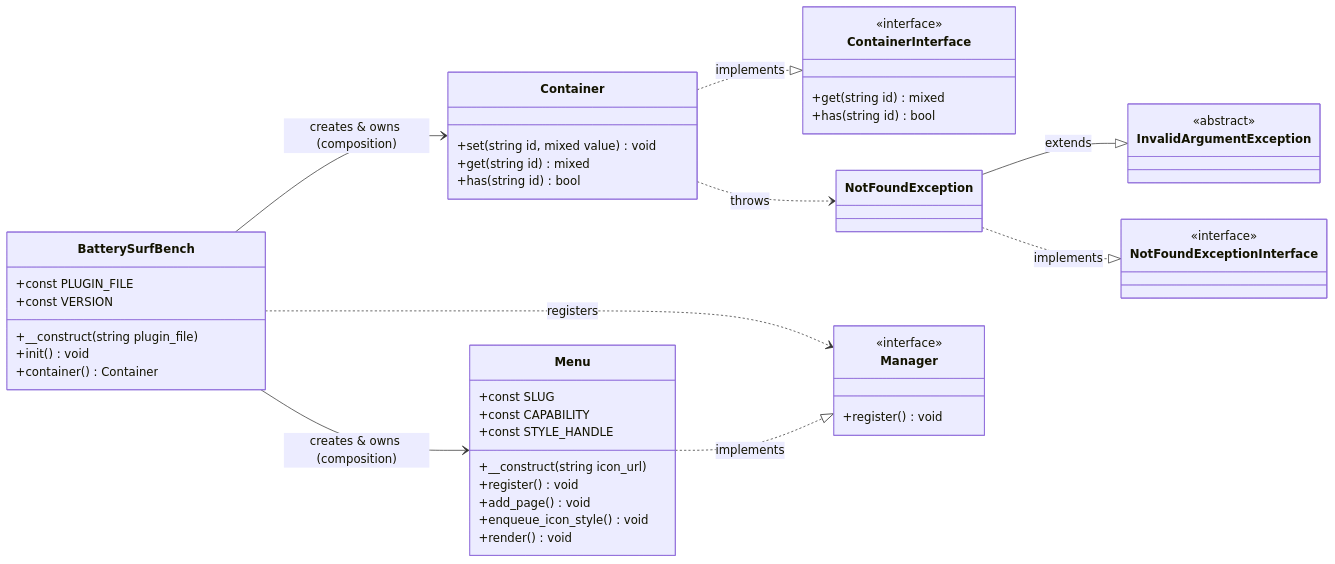
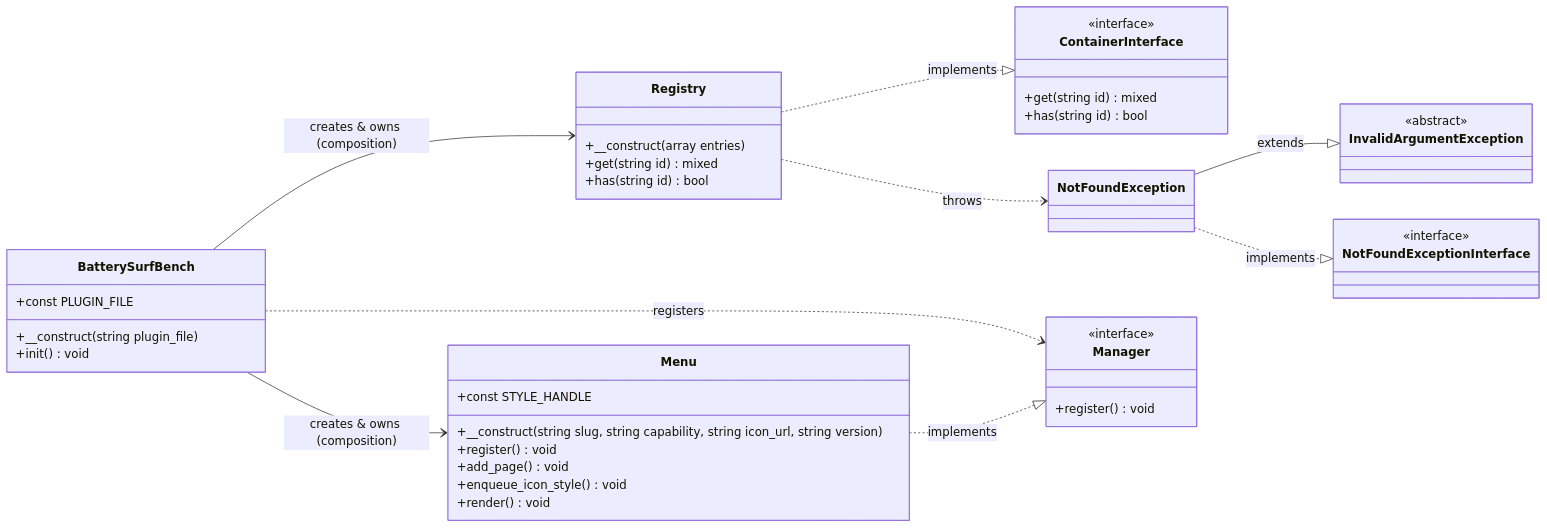
One commit to erdembircan/battery-surf-bench changed the diagram in docs/contracts/php-class-interactions.mmd. Above: the diagram before and after it, drawn with Mermaid. The commit also changed 10 other files, not shown here.

Commit message:
[REFACTOR]: replace container with config registry

```diff
--- a/docs/contracts/php-class-interactions.mmd
+++ b/docs/contracts/php-class-interactions.mmd
@@ -1,58 +1,54 @@
 %% PHP class interactions — contract chart.
 classDiagram
     direction LR
 
     class BatterySurfBench {
         +const PLUGIN_FILE
-        +const VERSION
         +__construct(string plugin_file)
         +init() void
-        +container() Container
     }
 
     class ContainerInterface {
         <<interface>>
         +get(string id) mixed
         +has(string id) bool
     }
 
-    class Container {
-        +set(string id, mixed value) void
+    class Registry {
+        +__construct(array entries)
         +get(string id) mixed
         +has(string id) bool
     }
 
     class NotFoundExceptionInterface {
         <<interface>>
     }
 
     class InvalidArgumentException {
         <<abstract>>
     }
 
     class NotFoundException
 
     class Manager {
         <<interface>>
         +register() void
     }
 
     class Menu {
-        +const SLUG
-        +const CAPABILITY
         +const STYLE_HANDLE
-        +__construct(string icon_url)
+        +__construct(string slug, string capability, string icon_url, string version)
         +register() void
         +add_page() void
         +enqueue_icon_style() void
         +render() void
     }
 
-    BatterySurfBench --> Container : creates & owns (composition)
+    BatterySurfBench --> Registry : creates & owns (composition)
     BatterySurfBench --> Menu : creates & owns (composition)
     BatterySurfBench ..> Manager : registers
     Menu ..|> Manager : implements
-    Container ..|> ContainerInterface : implements
-    Container ..> NotFoundException : throws
+    Registry ..|> ContainerInterface : implements
+    Registry ..> NotFoundException : throws
     NotFoundException --|> InvalidArgumentException : extends
     NotFoundException ..|> NotFoundExceptionInterface : implements
```
